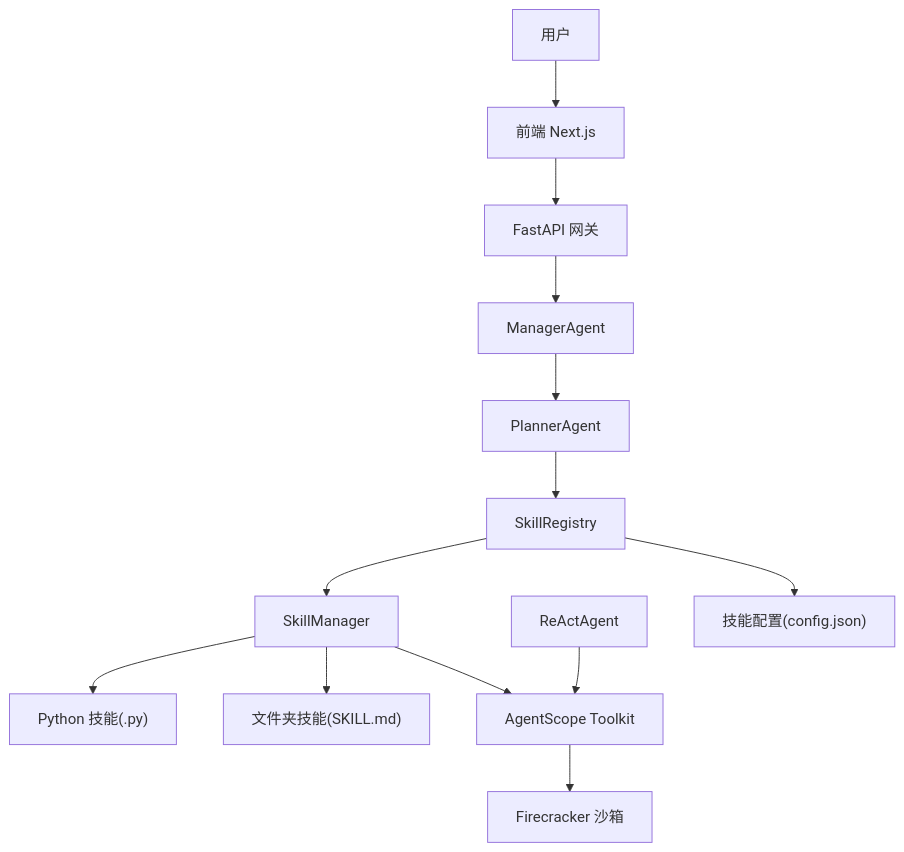
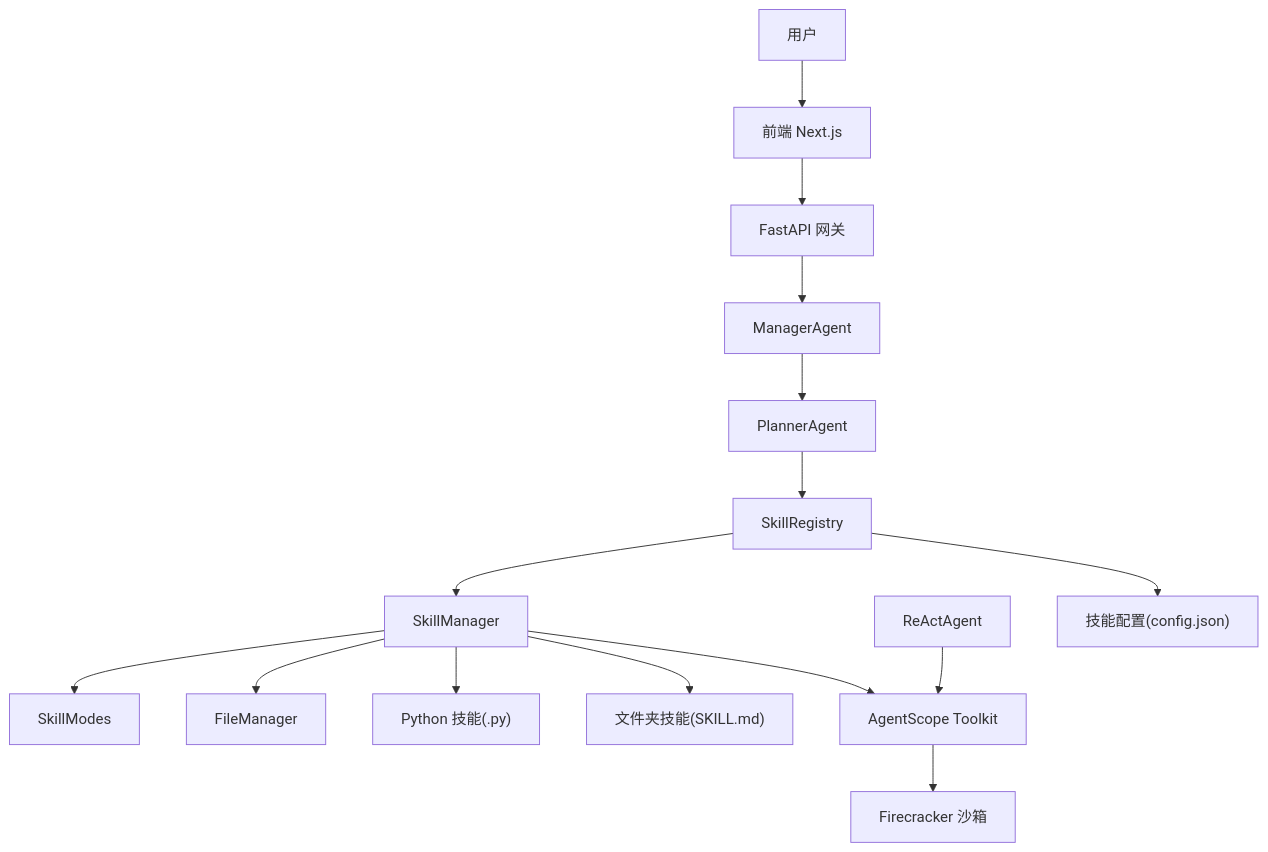
One commit to zhangdahai112/LocalManus changed the second of 14 diagrams in .qoder/repowiki/zh/content/技能管理系统/技能管理系统.md. Above: the diagram before and after it, drawn with Mermaid. The commit also changed other lines of this file and 19 other files, not shown here.

````diff
--- a/.qoder/repowiki/zh/content/技能管理系统/技能管理系统.md
+++ b/.qoder/repowiki/zh/content/技能管理系统/技能管理系统.md
@@ -151,23 +142,27 @@
 ```mermaid
 graph TB
 U["用户"]
 FE["前端 Next.js"]
 API["FastAPI 网关"]
 MGR["ManagerAgent"]
 PLN["PlannerAgent"]
 SR["SkillRegistry"]
 SM["SkillManager"]
+SD["SkillModes"]
+FM["FileManager"]
 RA["ReActAgent"]
 PY_SK["Python 技能(.py)"]
 FD_SK["文件夹技能(SKILL.md)"]
 TOOLKIT["AgentScope Toolkit"]
 CONFIG["技能配置(config.json)"]
 SANDBOX["Firecracker 沙箱"]
 U --> FE --> API
 API --> MGR --> PLN --> SR --> SM
+SM --> SD
+SM --> FM
 SM --> PY_SK
 SM --> FD_SK
 SM --> TOOLKIT
 SR --> CONFIG
 RA --> TOOLKIT --> SANDBOX
 ```
````
